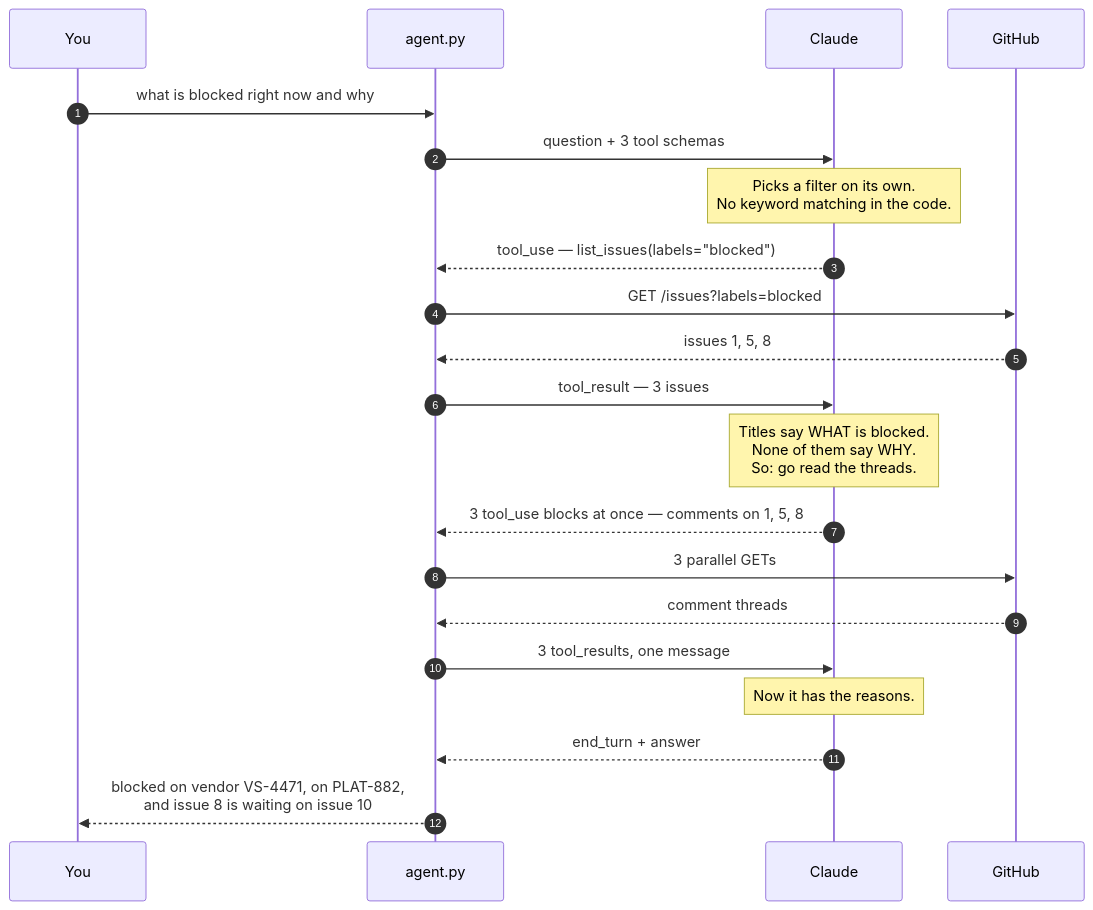
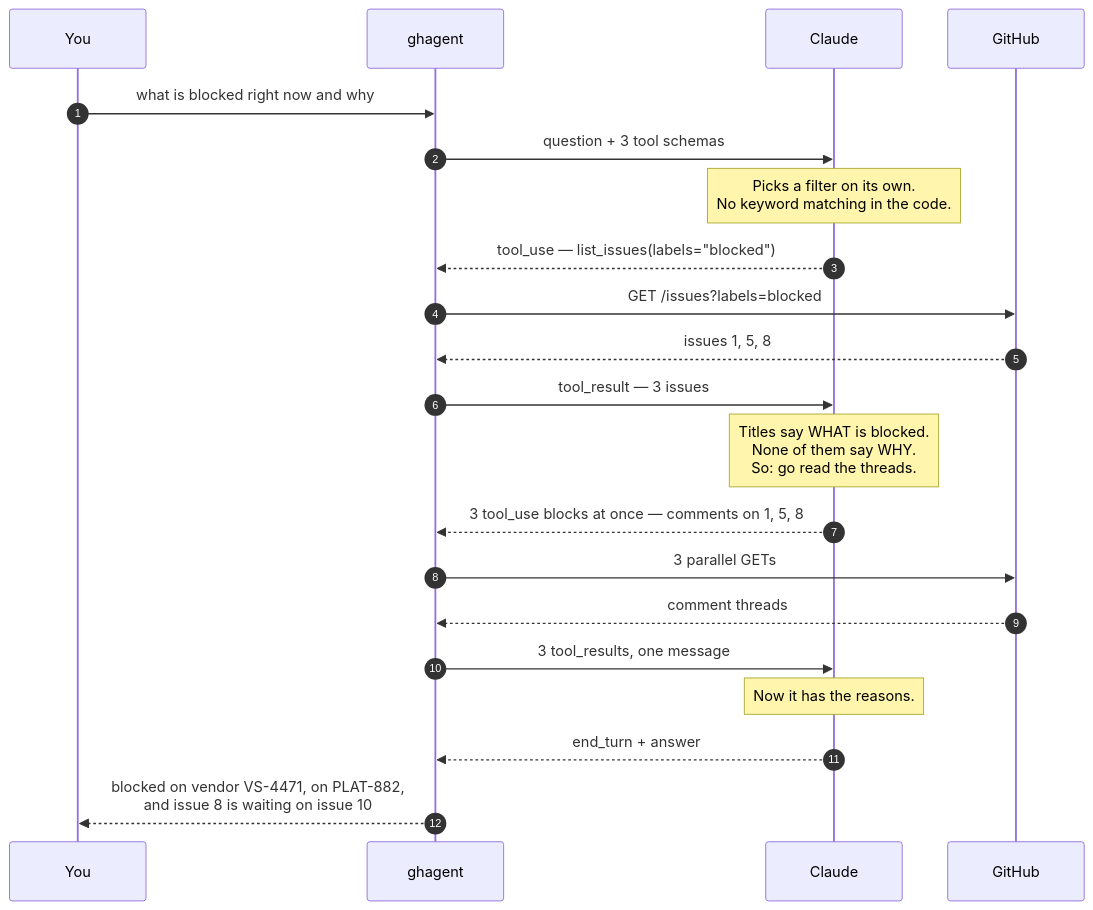
The second of 2 diagrams in README.md (michaeldinhmai/gh-issue-agent-demo), drawn with Mermaid before and after one commit. The commit also changed other lines of this file and 4 other files, not shown here.

````diff
--- a/README.md
+++ b/README.md
@@ -96,27 +96,27 @@
 ```mermaid
 sequenceDiagram
     autonumber
     participant You
-    participant Runner as agent.py
+    participant Runner as ghagent
     participant Claude
     participant GH as GitHub
 
     You->>Runner: what is blocked right now and why
     Runner->>Claude: question + 3 tool schemas
 
     Note over Claude: Picks a filter on its own.<br/>No keyword matching in the code.
     Claude-->>Runner: tool_use — list_issues(labels="blocked")
     Runner->>GH: GET /issues?labels=blocked
     GH-->>Runner: issues 1, 5, 8
     Runner->>Claude: tool_result — 3 issues
 
     Note over Claude: Titles say WHAT is blocked.<br/>None of them say WHY.<br/>So: go read the threads.
     Claude-->>Runner: 3 tool_use blocks at once — comments on 1, 5, 8
     Runner->>GH: 3 parallel GETs
     GH-->>Runner: comment threads
     Runner->>Claude: 3 tool_results, one message
 
     Note over Claude: Now it has the reasons.
     Claude-->>Runner: end_turn + answer
     Runner-->>You: blocked on vendor VS-4471, on PLAT-882,<br/>and issue 8 is waiting on issue 10
 ```
````
